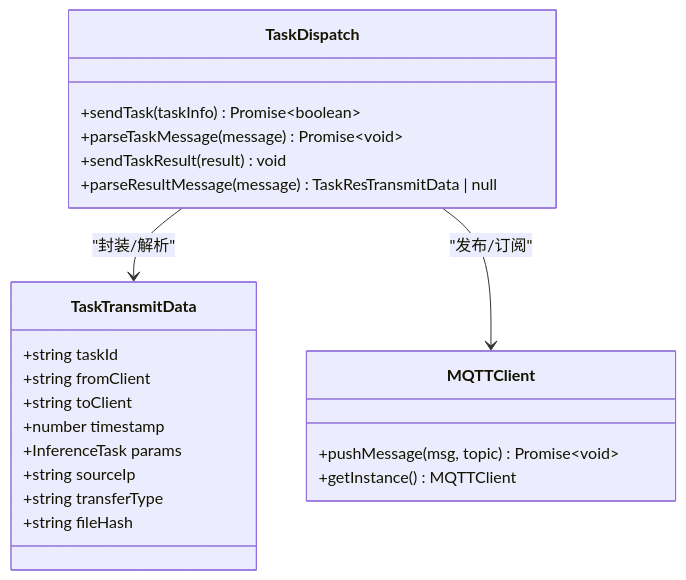
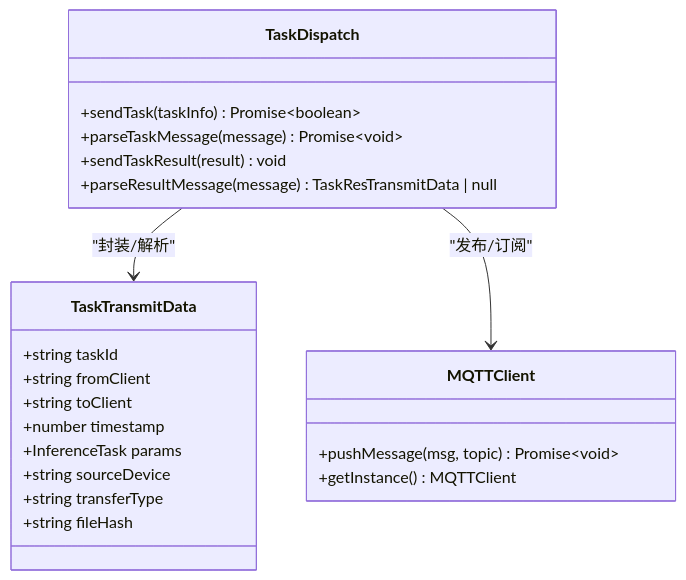
Before and after one commit to huo65/OH-Co3: the fifth of 8 diagrams in .qoder/repowiki/zh/content/任务调度系统/任务调度器.md, drawn with Mermaid. The commit also changed other lines of this file and 6 other files, not shown here.

````diff
--- a/.qoder/repowiki/zh/content/任务调度系统/任务调度器.md
+++ b/.qoder/repowiki/zh/content/任务调度系统/任务调度器.md
@@ -259,25 +282,25 @@
 ```mermaid
 classDiagram
 class TaskTransmitData {
 +string taskId
 +string fromClient
 +string toClient
 +number timestamp
 +InferenceTask params
-+string sourceIp
++string sourceDevice
 +string transferType
 +string fileHash
 }
 class TaskDispatch {
 +sendTask(taskInfo) Promise~boolean~
 +parseTaskMessage(message) Promise~void~
 +sendTaskResult(result) void
 +parseResultMessage(message) TaskResTransmitData | null
 }
 class MQTTClient {
 +pushMessage(msg, topic) Promise~void~
 +getInstance() MQTTClient
 }
 TaskDispatch --> TaskTransmitData : "封装/解析"
 TaskDispatch --> MQTTClient : "发布/订阅"
 ```
````
